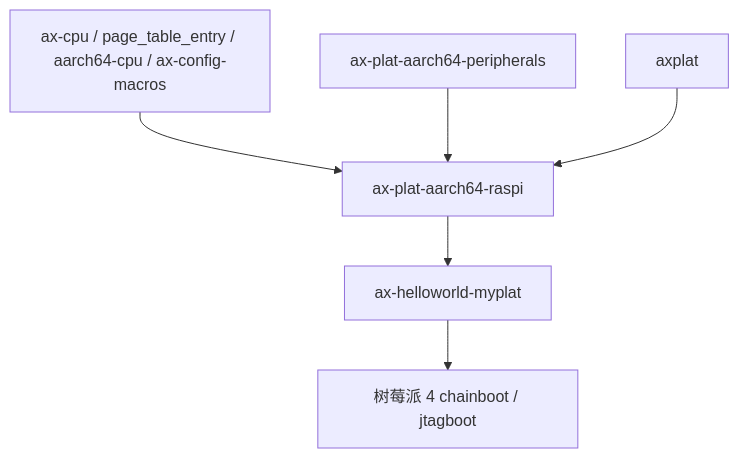
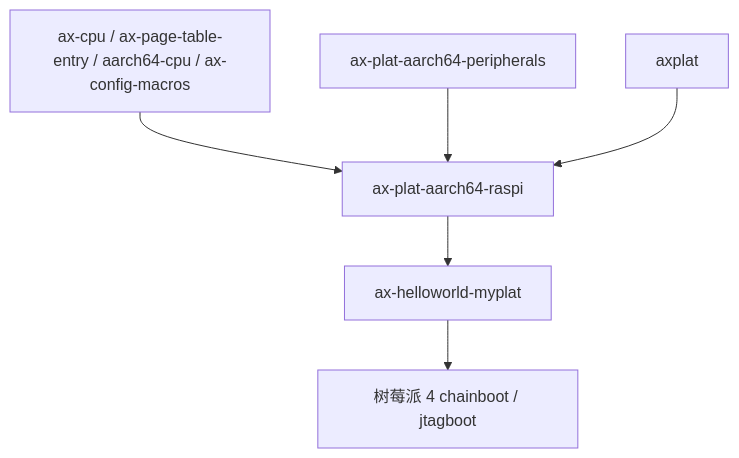
Before and after one commit to zKurisu/tgoskits: the second of 2 diagrams in docs/crates/ax-plat-aarch64-raspi.md, drawn with Mermaid. The commit also changed other lines of this file and 62 other files, not shown here.

Commit message:
rename page_table_entry to ax-page-table-entry

````diff
--- a/docs/crates/ax-plat-aarch64-raspi.md
+++ b/docs/crates/ax-plat-aarch64-raspi.md
@@ -156,8 +156,8 @@
 ```mermaid
 graph TD
-    A[ax-cpu / page_table_entry / aarch64-cpu / ax-config-macros] --> B[ax-plat-aarch64-raspi]
+    A[ax-cpu / ax-page-table-entry / aarch64-cpu / ax-config-macros] --> B[ax-plat-aarch64-raspi]
     C[ax-plat-aarch64-peripherals] --> B
     D[axplat] --> B
     B --> E[ax-helloworld-myplat]
     E --> F[树莓派 4 chainboot / jtagboot]
 ```
````
